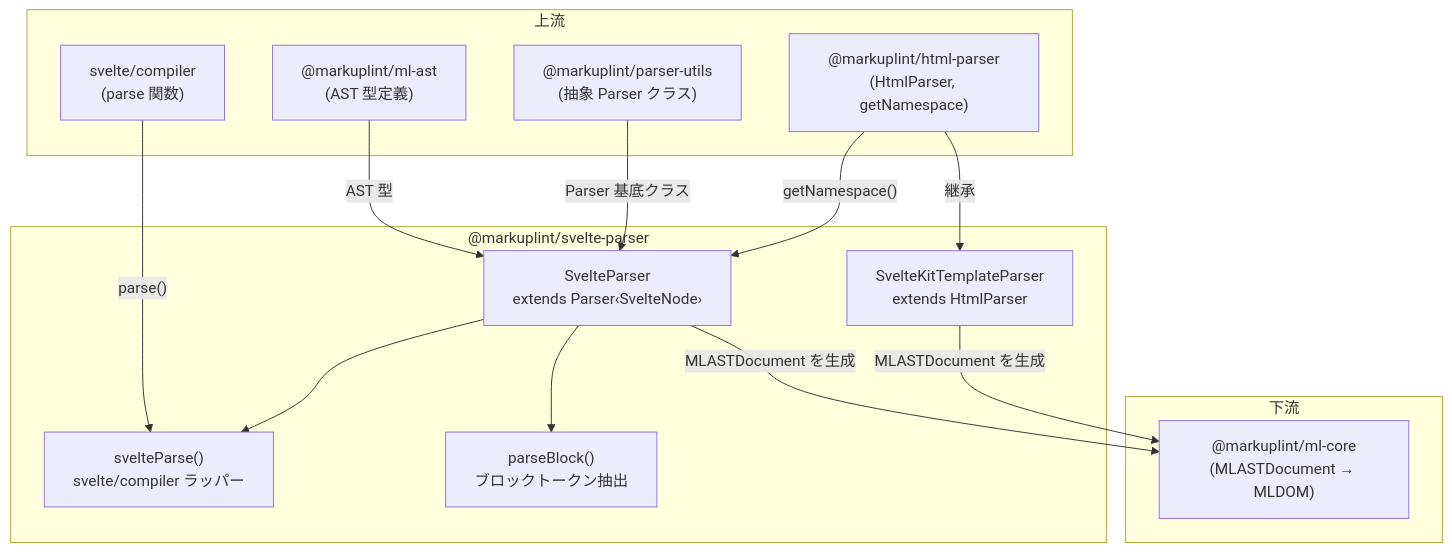
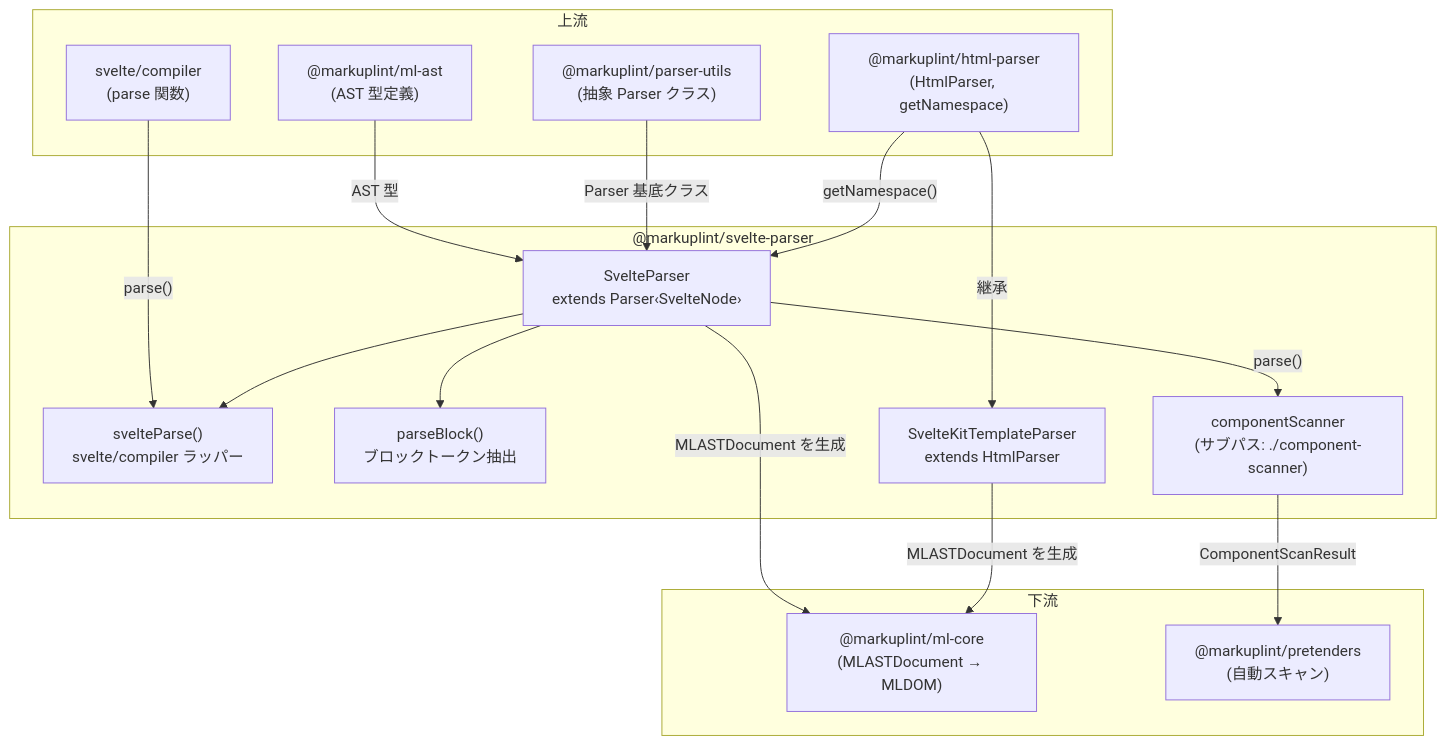
One commit to markuplint/markuplint changed the diagram in packages/@markuplint/svelte-parser/ARCHITECTURE.ja.md. Above: the diagram before and after it, drawn with Mermaid. The commit also changed other lines of this file and 5 other files, not shown here.

First line of the commit message:
docs: add component-scanner to parser ARCHITECTURE.md files

````diff
--- a/packages/@markuplint/svelte-parser/ARCHITECTURE.ja.md
+++ b/packages/@markuplint/svelte-parser/ARCHITECTURE.ja.md
@@ -24,32 +26,36 @@
 ```mermaid
 flowchart TD
     subgraph upstream ["上流"]
         mlAst["@markuplint/ml-ast\n(AST 型定義)"]
         parserUtils["@markuplint/parser-utils\n(抽象 Parser クラス)"]
         htmlParser["@markuplint/html-parser\n(HtmlParser, getNamespace)"]
         svelteCompiler["svelte/compiler\n(parse 関数)"]
     end
 
     subgraph pkg ["@markuplint/svelte-parser"]
         svelteParser["SvelteParser\nextends Parser‹SvelteNode›"]
         svelteParse["svelteParse()\nsvelte/compiler ラッパー"]
         parseBlock["parseBlock()\nブロックトークン抽出"]
         sveltekitParser["SvelteKitTemplateParser\nextends HtmlParser"]
+        compScanner["componentScanner\n(サブパス: ./component-scanner)"]
     end
 
     subgraph downstream ["下流"]
         mlCore["@markuplint/ml-core\n(MLASTDocument → MLDOM)"]
+        pretenders["@markuplint/pretenders\n(自動スキャン)"]
     end
 
     mlAst -->|"AST 型"| svelteParser
     parserUtils -->|"Parser 基底クラス"| svelteParser
     htmlParser -->|"getNamespace()"| svelteParser
     htmlParser -->|"継承"| sveltekitParser
     svelteCompiler -->|"parse()"| svelteParse
 
     svelteParser --> svelteParse
     svelteParser --> parseBlock
 
     svelteParser -->|"MLASTDocument を生成"| mlCore
     sveltekitParser -->|"MLASTDocument を生成"| mlCore
+    svelteParser -->|"parse()"| compScanner
+    compScanner -->|"ComponentScanResult"| pretenders
 ```
````
